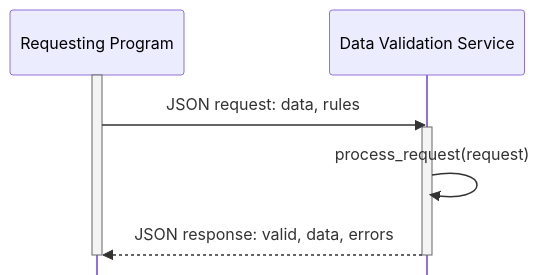
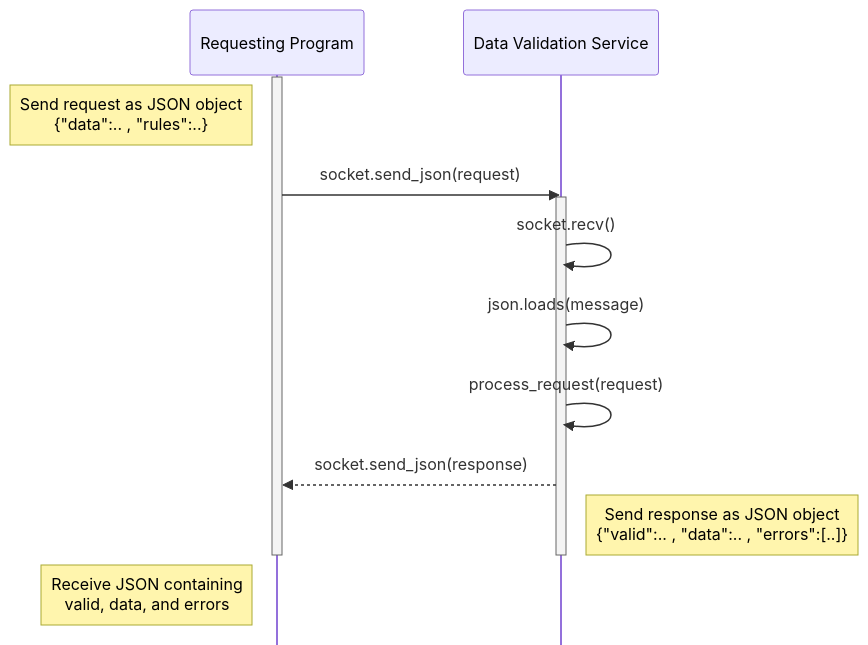
One commit to m-vista/DU-DataValidation changed the diagram in README.md. Above: the diagram before and after it, drawn with Mermaid. The commit also changed other lines of this file and 1 other file, not shown here.

Commit message:
UML + tester update

````diff
--- a/README.md
+++ b/README.md
@@ -128,17 +128,21 @@
 ```mermaid
-%%{init: 
-    {"sequence": {"mirrorActors": false},
-    "themeCSS": ".actor-line { stroke-dasharray: 6 6; }"}
-    }%%
+%%{init: {"sequence": {"mirrorActors": false}, "themeCSS": ".actor-line { stroke-dasharray: 6 6; }"}}%%
 sequenceDiagram
     participant Client as Requesting Program
     participant Service as Data Validation Service
 
     activate Client
-    Client->>Service: JSON request: data, rules
+    Note left of Client: Send request as JSON object<br/>{"data":.. , "rules":..}
+    Client->>Service: socket.send_json(request)
     activate Service
+
+    Service->>Service: socket.recv()
+    Service->>Service: json.loads(message)
     Service->>Service: process_request(request)
-    Service-->>Client: JSON response: valid, data, errors
+    Service-->>Client: socket.send_json(response)
+    Note right of Service: Send response as JSON object<br/>{"valid":.. , "data":.. , "errors":[..]}
     deactivate Service
     deactivate Client
+
+    Note left of Client: Receive JSON containing<br/>valid, data, and errors
 ```
````
